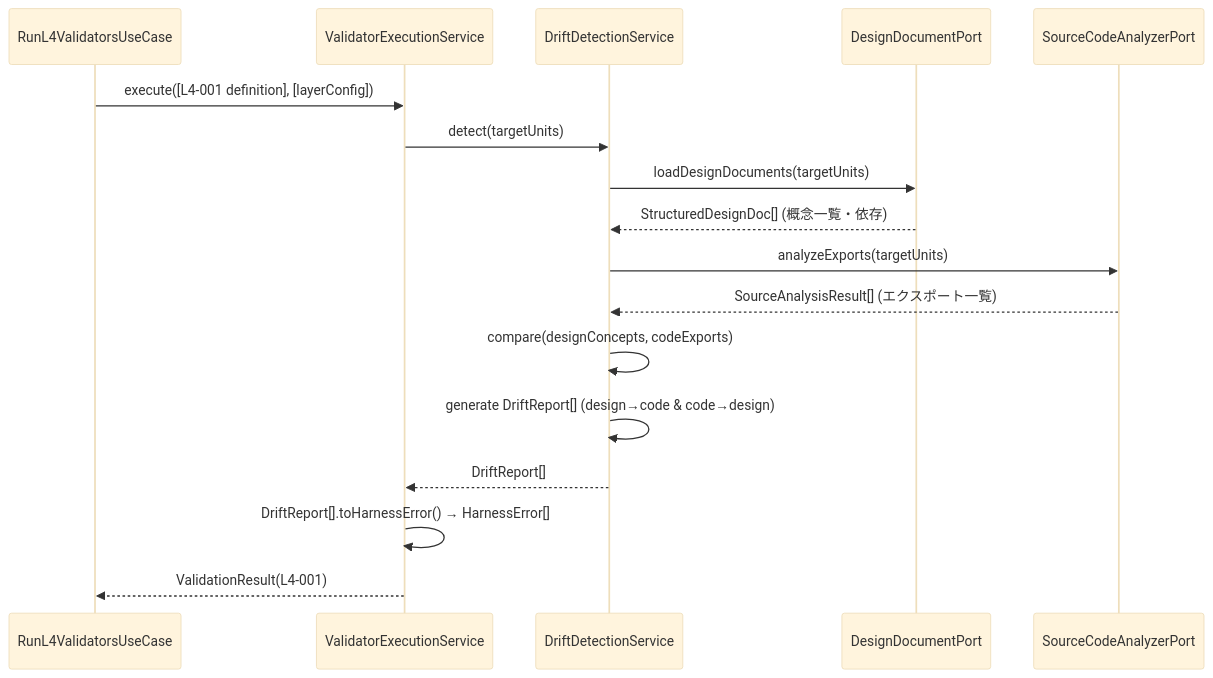
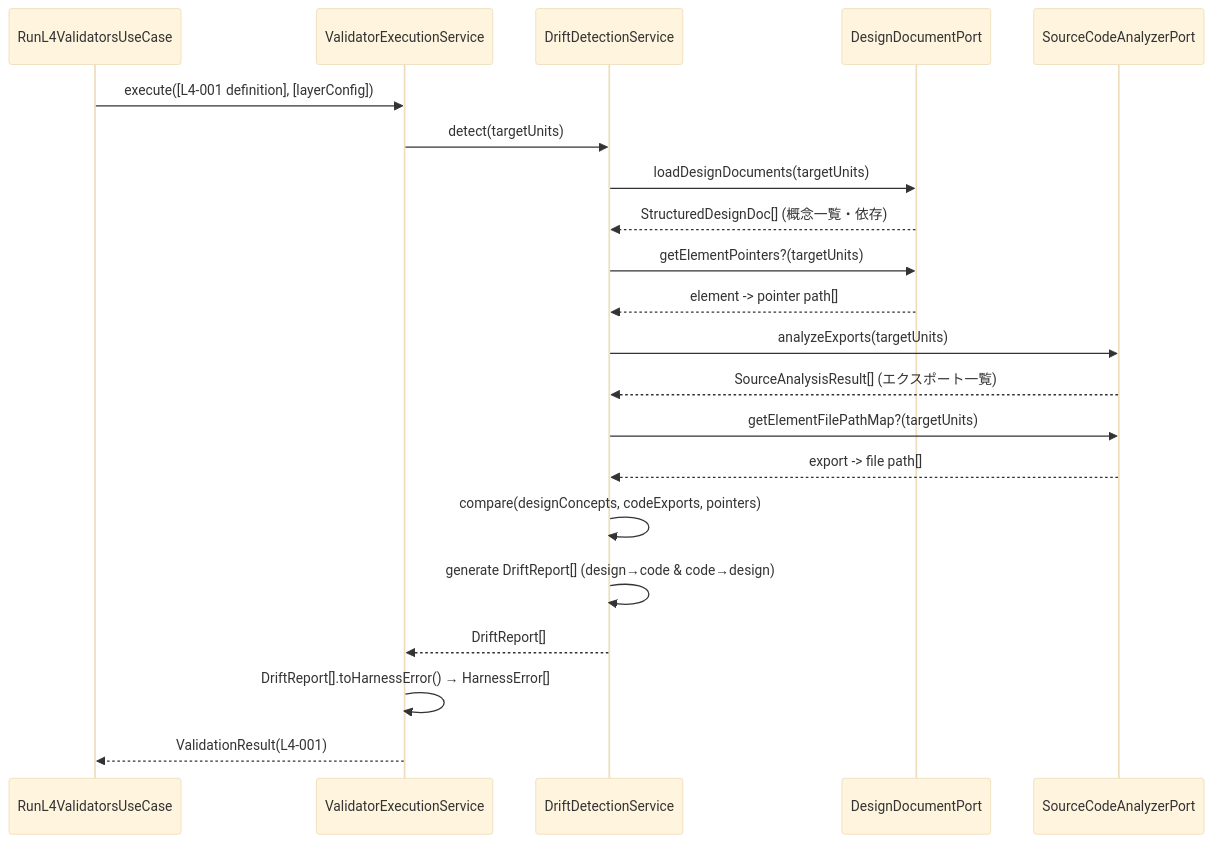
One commit to junpei-9898/phasegate changed the fourth of 4 diagrams in docs/product/construction/validator-system/logical_design.md. Above: the diagram before and after it, drawn with Mermaid (base theme). The commit also changed other lines of this file and 20 other files, not shown here.

````diff
--- a/docs/product/construction/validator-system/logical_design.md
+++ b/docs/product/construction/validator-system/logical_design.md
@@ -1535,20 +1544,24 @@
 ```mermaid
 sequenceDiagram
     participant L4UC as RunL4ValidatorsUseCase
     participant ExecSvc as ValidatorExecutionService
     participant DriftSvc as DriftDetectionService
     participant DesignPort as DesignDocumentPort
     participant SrcPort as SourceCodeAnalyzerPort
 
     L4UC->>ExecSvc: execute([L4-001 definition], [layerConfig])
     ExecSvc->>DriftSvc: detect(targetUnits)
     DriftSvc->>DesignPort: loadDesignDocuments(targetUnits)
     DesignPort-->>DriftSvc: StructuredDesignDoc[] (概念一覧・依存)
+    DriftSvc->>DesignPort: getElementPointers?(targetUnits)
+    DesignPort-->>DriftSvc: element -> pointer path[]
     DriftSvc->>SrcPort: analyzeExports(targetUnits)
     SrcPort-->>DriftSvc: SourceAnalysisResult[] (エクスポート一覧)
-    DriftSvc->>DriftSvc: compare(designConcepts, codeExports)
+    DriftSvc->>SrcPort: getElementFilePathMap?(targetUnits)
+    SrcPort-->>DriftSvc: export -> file path[]
+    DriftSvc->>DriftSvc: compare(designConcepts, codeExports, pointers)
     DriftSvc->>DriftSvc: generate DriftReport[] (design→code & code→design)
     DriftSvc-->>ExecSvc: DriftReport[]
     ExecSvc->>ExecSvc: DriftReport[].toHarnessError() → HarnessError[]
     ExecSvc-->>L4UC: ValidationResult(L4-001)
 ```
````
